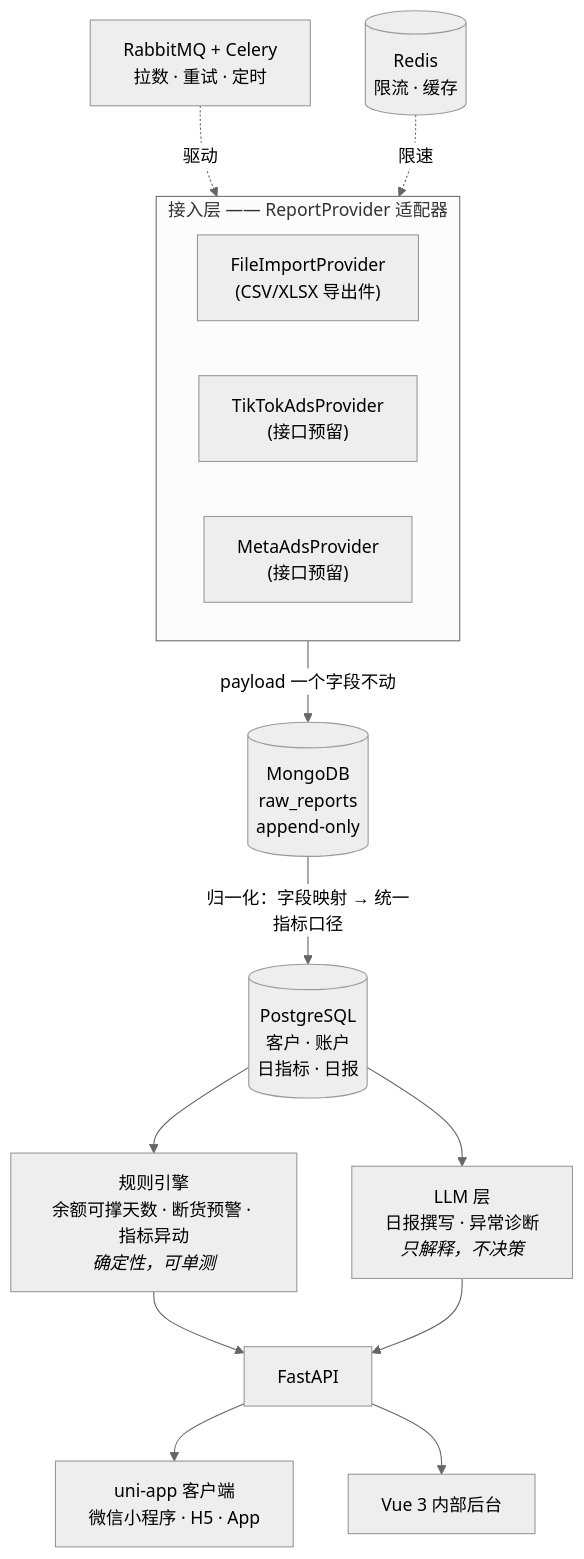
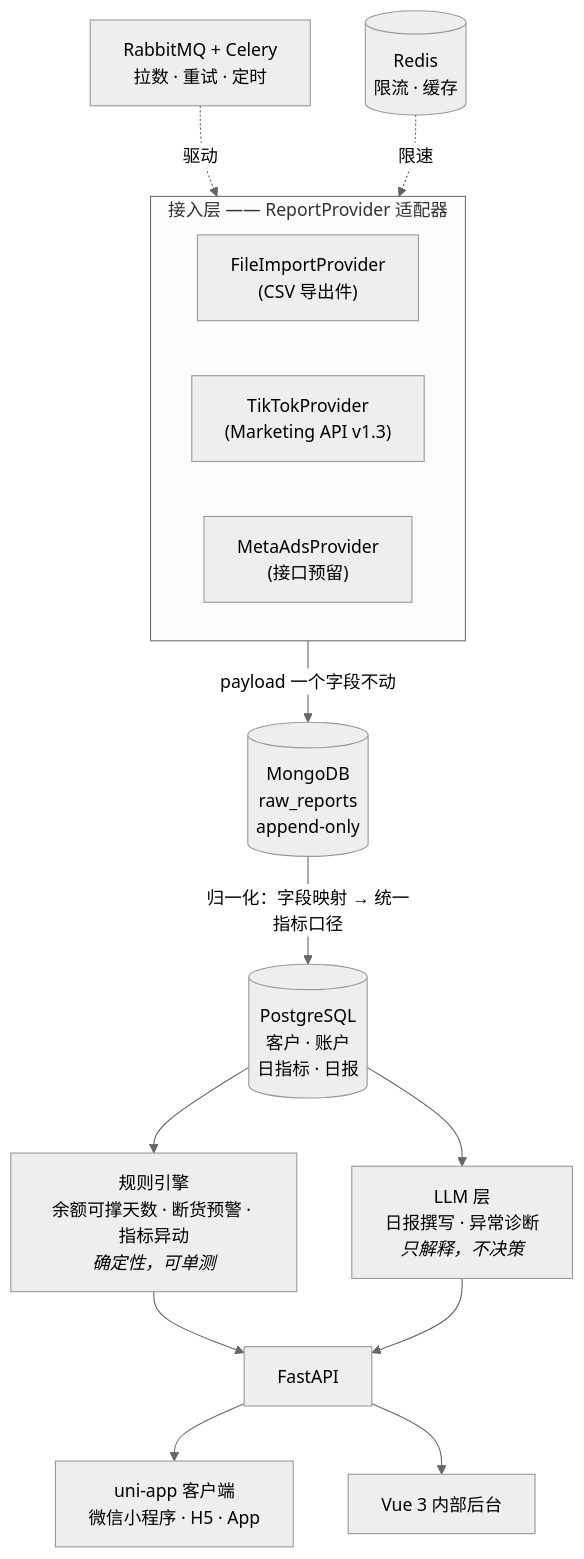
One commit to maihb/adpilot changed the diagram in README.md. Above: the diagram before and after it, drawn with Mermaid (neutral theme). The commit also changed other lines of this file and 55 other files, not shown here.

````diff
--- a/README.md
+++ b/README.md
@@ -36,22 +38,22 @@
 ```mermaid
 flowchart TB
     subgraph ingest["接入层 —— ReportProvider 适配器"]
-        F["FileImportProvider<br/>(CSV/XLSX 导出件)"]
-        T["TikTokAdsProvider<br/>(接口预留)"]
+        F["FileImportProvider<br/>(CSV 导出件)"]
+        T["TikTokProvider<br/>(Marketing API v1.3)"]
         M["MetaAdsProvider<br/>(接口预留)"]
     end
 
     ingest -->|payload 一个字段不动| MG[("MongoDB<br/>raw_reports<br/>append-only")]
     MG -->|归一化：字段映射 → 统一指标口径| PG[("PostgreSQL<br/>客户 · 账户<br/>日指标 · 日报")]
 
     Q["RabbitMQ + Celery<br/>拉数 · 重试 · 定时"] -.驱动.-> ingest
     RD[("Redis<br/>限流 · 缓存")] -.限速.-> ingest
 
     PG --> RULES["规则引擎<br/>余额可撑天数 · 断货预警 · 指标异动<br/><i>确定性，可单测</i>"]
     PG --> LLM["LLM 层<br/>日报撰写 · 异常诊断<br/><i>只解释，不决策</i>"]
 
     RULES --> API["FastAPI"]
     LLM --> API
     API --> CLIENT["uni-app 客户端<br/>微信小程序 · H5 · App"]
     API --> ADMIN["Vue 3 内部后台"]
 ```
````
